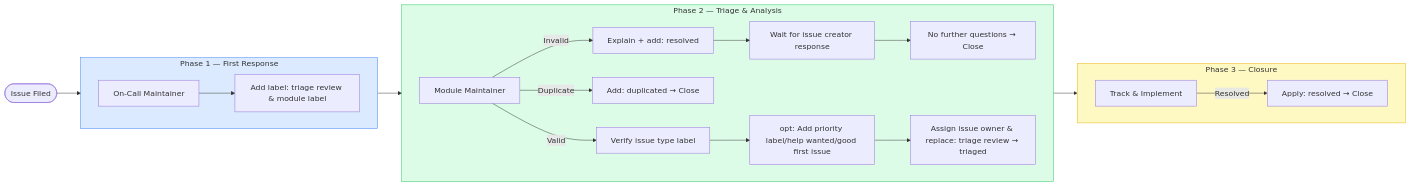
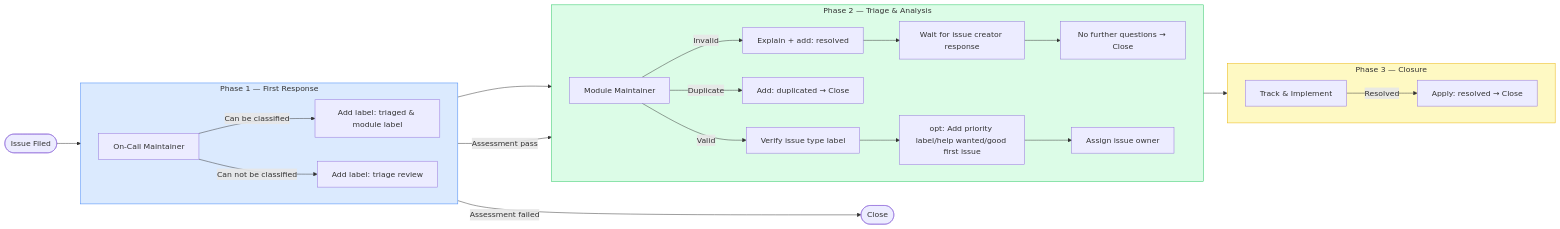
One commit to vllm-project/vllm-ascend changed the diagram in docs/source/community/issue-workflow-guidelines.md. Above: the diagram before and after it, drawn with Mermaid. The commit also changed other lines of this file, not shown here.

````diff
--- a/docs/source/community/issue-workflow-guidelines.md
+++ b/docs/source/community/issue-workflow-guidelines.md
@@ -55,34 +55,38 @@
 ```mermaid
 flowchart LR
     A([Issue Filed]) --> B
 
     subgraph P1["Phase 1 — First Response"]
         direction LR
-        B[On-Call Maintainer] --> B1[Add label: triage review & module label]
+        B[On-Call Maintainer]
+        B -- Can be classified --> B1[Add label: triaged & module label]
+        B -- Can not be classified --> B2[Add label: triage review]
     end
 
     B1 --> C
+    B2 -- Assessment pass --> C
+    B2 -- Assessment failed --> E([Close])
 
     subgraph P2["Phase 2 — Triage & Analysis"]
         direction LR
         C[Module Maintainer]
         C -- Valid --> C2[Verify issue type label]
         C -- Duplicate --> C3[Add: duplicated → Close]
         C -- Invalid --> C4[Explain + add: resolved]
         C4 --> C4a[Wait for issue creator response]
         C4a --> C4b[No further questions → Close]
         C2 --> C5[opt: Add priority label/help wanted/good first issue]
-        C5 --> C6[Assign issue owner & replace: triage review → triaged]
+        C5 --> C6[Assign issue owner]
     end
 
     C6 --> D
 
     subgraph P3["Phase 3 — Closure"]
         direction LR
         D[Track & Implement] -- Resolved --> D2[Apply: resolved → Close]
     end
 
     style P1 fill:#dbeafe,stroke:#3b82f6
     style P2 fill:#dcfce7,stroke:#22c55e
     style P3 fill:#fef9c3,stroke:#eab308
 ```
````
